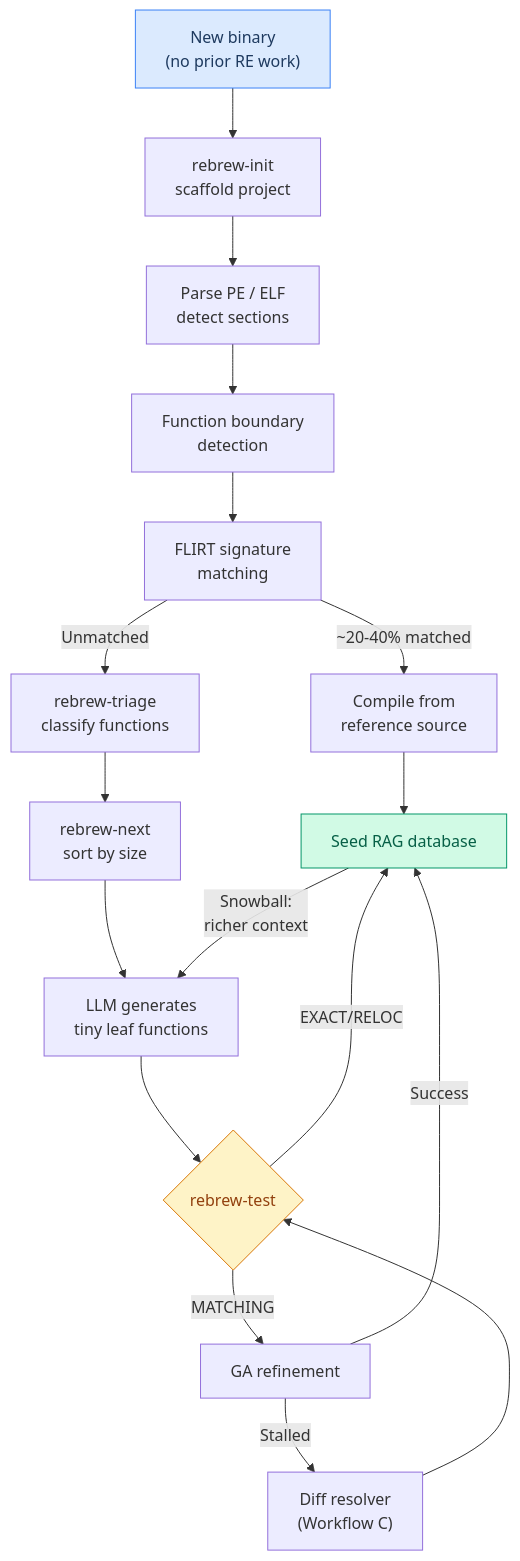
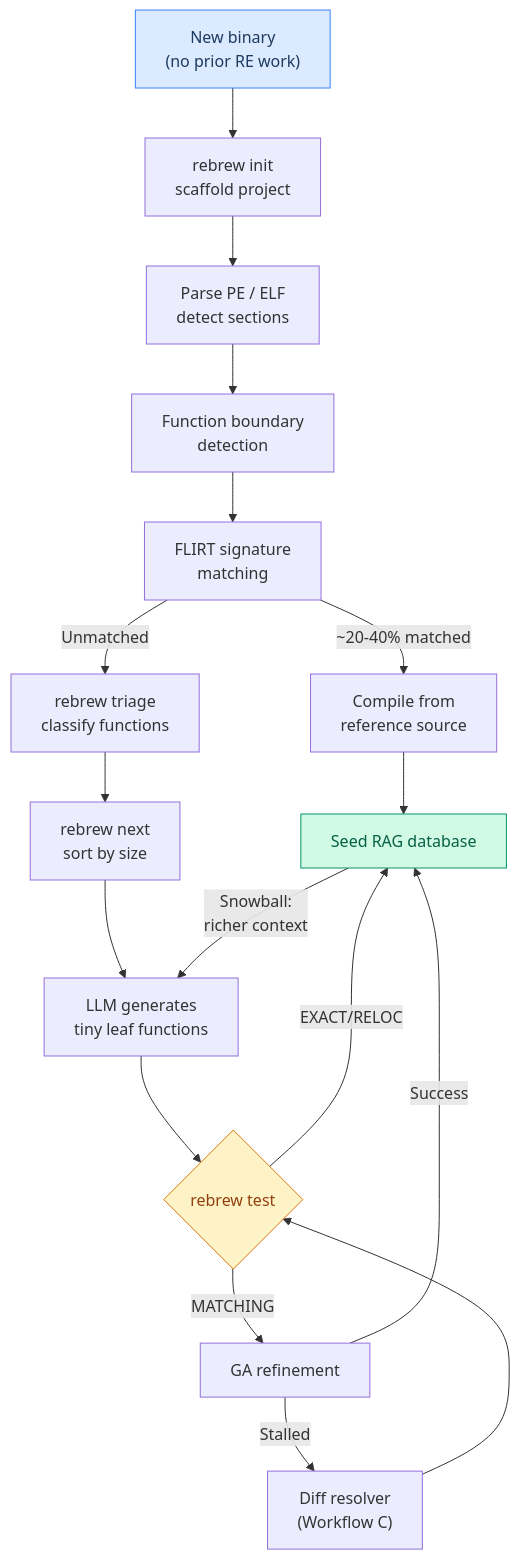
One commit to maci0/rebrew changed the tenth of 16 diagrams in docs/USER_STORIES.md. Above: the diagram before and after it, drawn with Mermaid. The commit also changed other lines of this file and 16 other files, not shown here.

````diff
--- a/docs/USER_STORIES.md
+++ b/docs/USER_STORIES.md
@@ -331,23 +331,23 @@
 ```mermaid
 graph TD
-    A["New binary<br/>(no prior RE work)"] --> Init["rebrew-init<br/>scaffold project"]
+    A["New binary<br/>(no prior RE work)"] --> Init["rebrew init<br/>scaffold project"]
     Init --> B["Parse PE / ELF<br/>detect sections"]
     B --> C["Function boundary<br/>detection"]
     C --> D["FLIRT signature<br/>matching"]
     D -->|"~20-40% matched"| E["Compile from<br/>reference source"]
-    D -->|"Unmatched"| F["rebrew-triage<br/>classify functions"]
+    D -->|"Unmatched"| F["rebrew triage<br/>classify functions"]
     E --> G["Seed RAG database"]
-    F --> H["rebrew-next<br/>sort by size"]
+    F --> H["rebrew next<br/>sort by size"]
     H --> I["LLM generates<br/>tiny leaf functions"]
-    I --> J{"rebrew-test"}
+    I --> J{"rebrew test"}
     J -->|"EXACT/RELOC"| G
     J -->|"MATCHING"| K["GA refinement"]
     K -->|Success| G
     K -->|Stalled| L["Diff resolver<br/>(Workflow C)"]
     L --> J
     G -->|"Snowball:<br/>richer context"| I
 
     style A fill:#dbeafe,stroke:#3b82f6,color:#1e3a5f
     style G fill:#d1fae5,stroke:#059669,color:#065f46
     style J fill:#fef3c7,stroke:#d97706,color:#92400e
 ```
````
